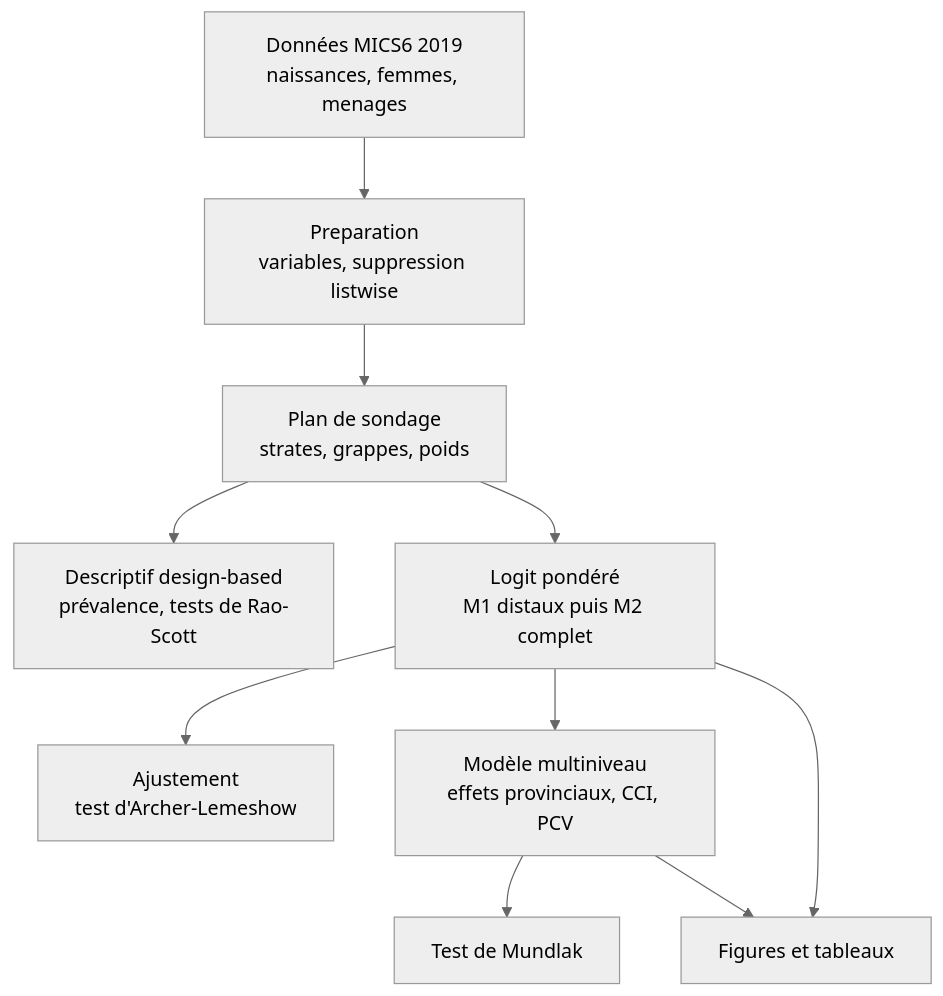
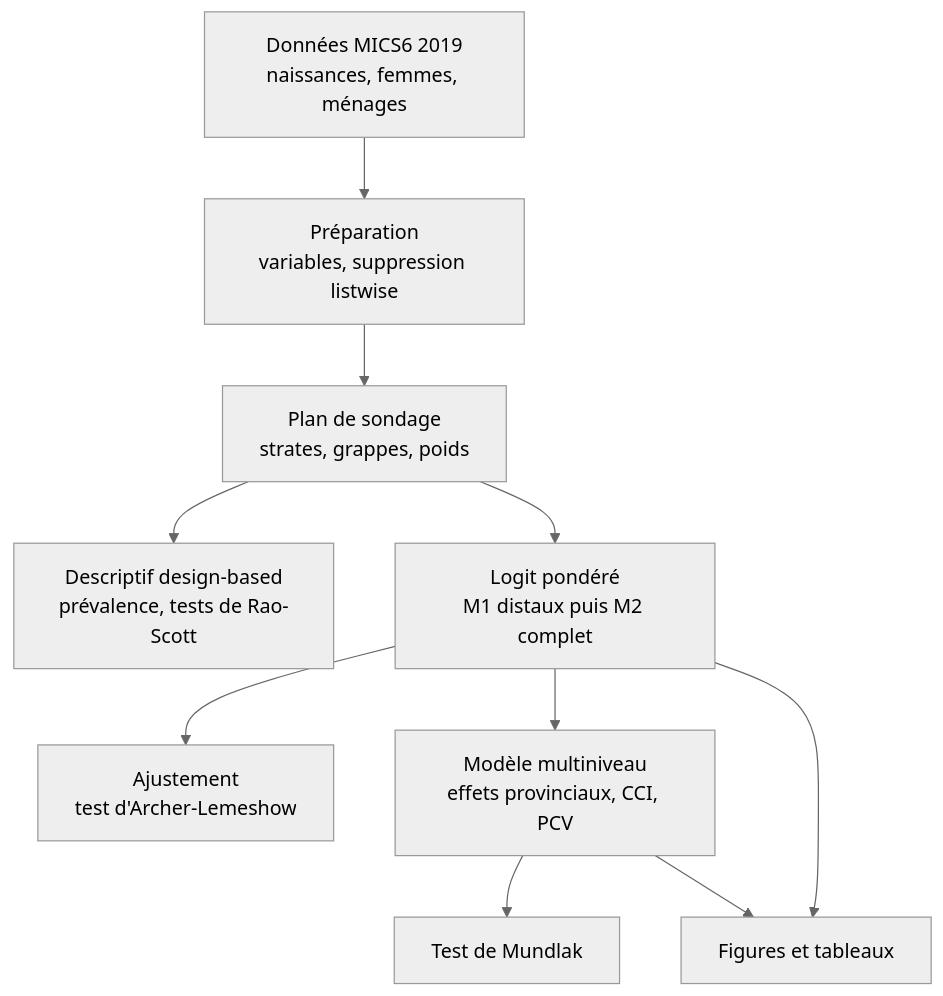
Before and after one commit to ndoguerdingaochristian-data/mortalite-enfants-tchad-mics6: the diagram in README.md, drawn with Mermaid (neutral theme). The commit also changed other lines of this file, not shown here.

````diff
--- a/README.md
+++ b/README.md
@@ -61,12 +62,12 @@
 ```mermaid
 flowchart TD
-    A["Données MICS6 2019<br/>naissances, femmes, menages"] --> B["Preparation<br/>variables, suppression listwise"]
+    A["Données MICS6 2019<br/>naissances, femmes, ménages"] --> B["Préparation<br/>variables, suppression listwise"]
     B --> C["Plan de sondage<br/>strates, grappes, poids"]
     C --> D["Descriptif design-based<br/>prévalence, tests de Rao-Scott"]
     C --> E["Logit pondéré<br/>M1 distaux puis M2 complet"]
     E --> F["Ajustement<br/>test d'Archer-Lemeshow"]
     E --> G["Modèle multiniveau<br/>effets provinciaux, CCI, PCV"]
     G --> H["Test de Mundlak"]
     E --> I["Figures et tableaux"]
     G --> I
 ```
````
